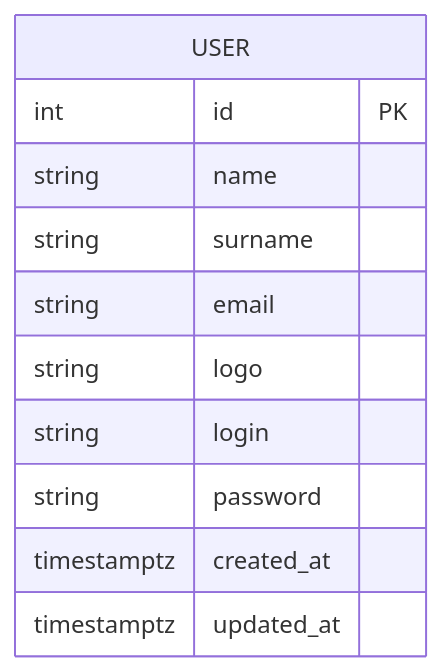
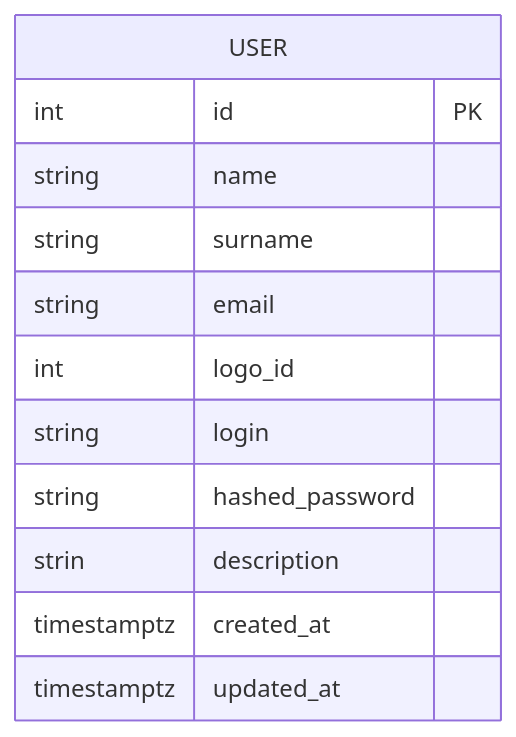
Before and after one commit to go-park-mail-ru/2025_2_VKarmane: the first of 12 diagrams in db/normalized/relations.md, drawn with Mermaid. The commit also changed other lines of this file and 2 other files, not shown here.

````diff
--- a/db/normalized/relations.md
+++ b/db/normalized/relations.md
@@ -16,15 +16,16 @@
 ```mermaid
 erDiagram
     USER {
         int id PK
         string name 
         string surname 
         string email 
-        string logo
+        int logo_id
         string login 
-        string password 
+        string hashed_password 
+        strin description
         timestamptz
         created_at 
         timestamptz updated_at 
     }
 ```
````
